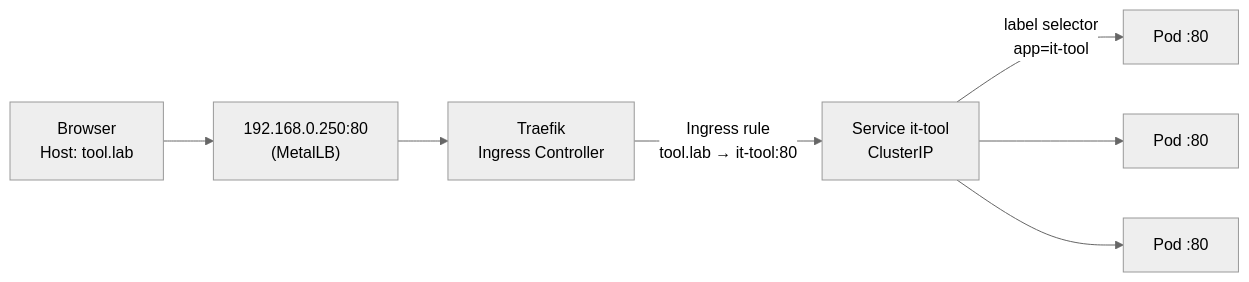
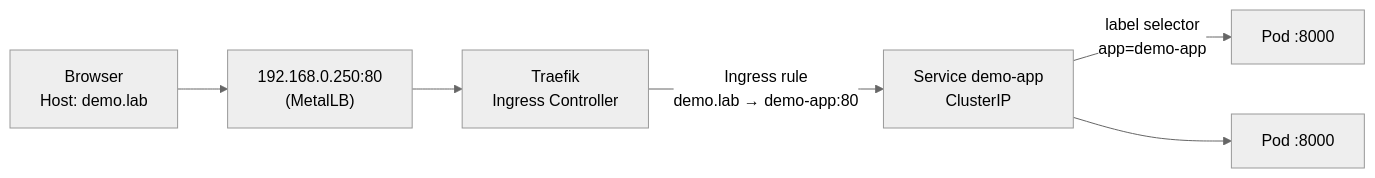
The second of 3 diagrams in README.md (umuttvar/homelab-k8s), drawn with Mermaid (neutral theme) before and after one commit. The commit also changed other lines of this file and 10 other files, not shown here.

````diff
--- a/README.md
+++ b/README.md
@@ -52,9 +64,8 @@
 ```mermaid
 flowchart LR
-    A["Browser<br/>Host: tool.lab"] --> B["192.168.0.250:80<br/>(MetalLB)"]
+    A["Browser<br/>Host: demo.lab"] --> B["192.168.0.250:80<br/>(MetalLB)"]
     B --> C["Traefik<br/>Ingress Controller"]
-    C -->|"Ingress rule<br/>tool.lab → it-tool:80"| D["Service it-tool<br/>ClusterIP"]
-    D -->|"label selector<br/>app=it-tool"| E1["Pod :80"]
-    D --> E2["Pod :80"]
-    D --> E3["Pod :80"]
+    C -->|"Ingress rule<br/>demo.lab → demo-app:80"| D["Service demo-app<br/>ClusterIP"]
+    D -->|"label selector<br/>app=demo-app"| E1["Pod :8000"]
+    D --> E2["Pod :8000"]
 ```
````
